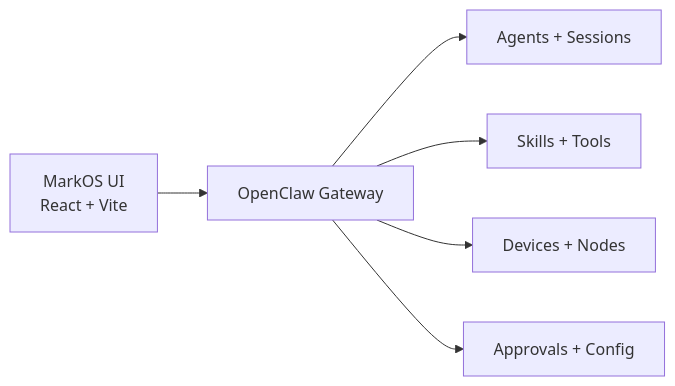
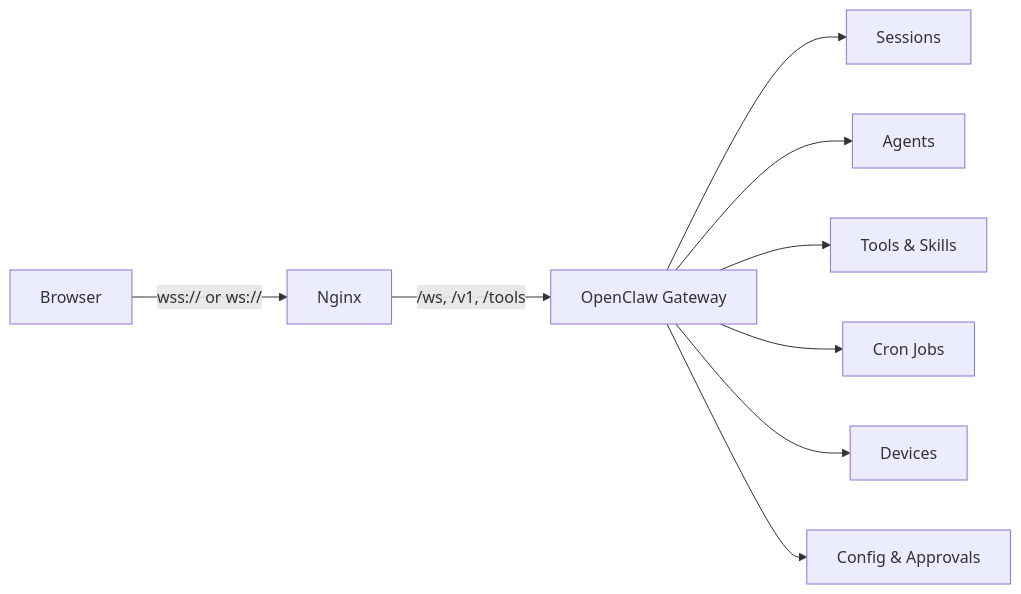
The diagram in README.md (mktt-ai-global/MarkOS-UI), drawn with Mermaid before and after one commit. The commit also changed other lines of this file and 1 other file, not shown here.

````diff
--- a/README.md
+++ b/README.md
@@ -203,8 +126,11 @@
 ```mermaid
 flowchart LR
-  UI["MarkOS UI<br/>React + Vite"] --> GW["OpenClaw Gateway"]
-  GW --> AG["Agents + Sessions"]
-  GW --> SK["Skills + Tools"]
-  GW --> DV["Devices + Nodes"]
-  GW --> AP["Approvals + Config"]
+  Browser["Browser"] -->|"wss:// or ws://"| Nginx["Nginx"]
+  Nginx -->|"/ws, /v1, /tools"| GW["OpenClaw Gateway"]
+  GW --> Sessions["Sessions"]
+  GW --> Agents["Agents"]
+  GW --> Tools["Tools & Skills"]
+  GW --> Cron["Cron Jobs"]
+  GW --> Devices["Devices"]
+  GW --> Config["Config & Approvals"]
 ```
````
